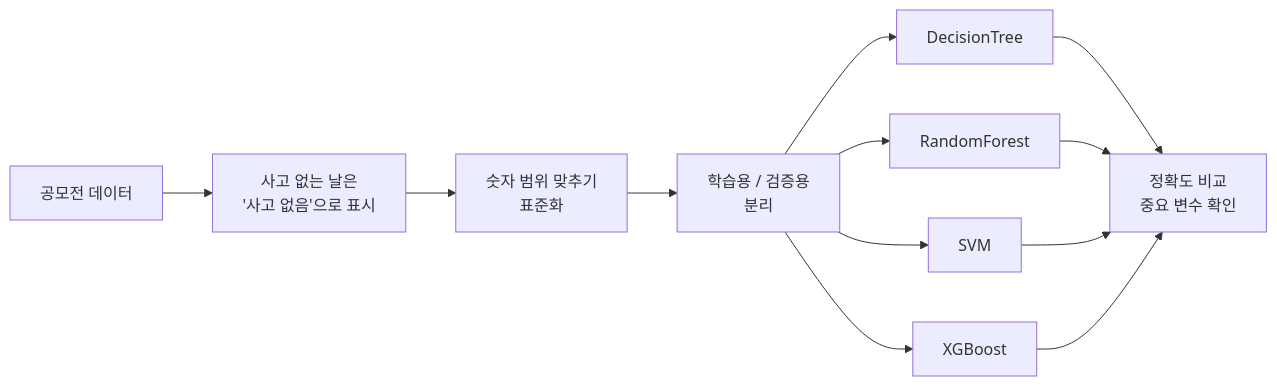
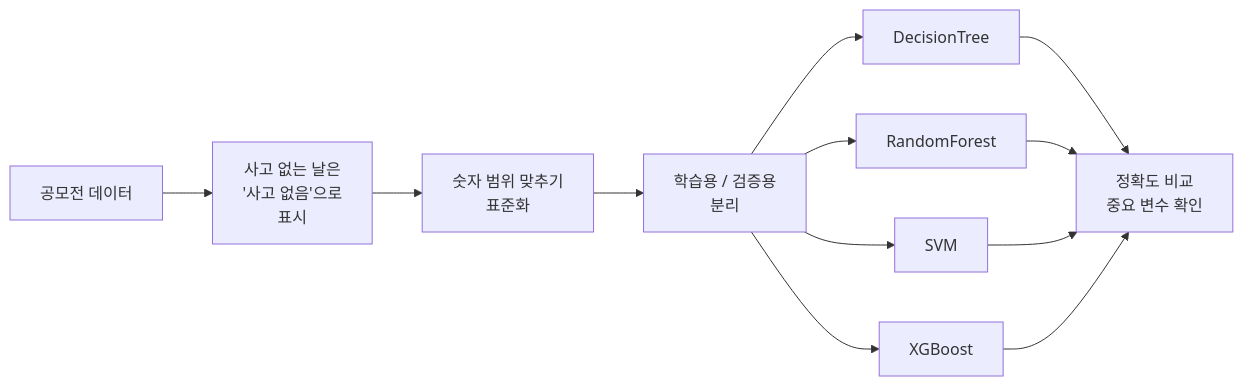
The diagram in 소방안전공모전/README.md (mjk022/portfolio), drawn with Mermaid before and after one commit. The commit also changed 5 other files, not shown here.

Commit message:
README 다이어그램 라벨을 8자 이내 줄로 나눠 글자 단위 줄바꿈 방지

````diff
--- a/소방안전공모전/README.md
+++ b/소방안전공모전/README.md
@@ -45,11 +45,11 @@
 ```mermaid
 flowchart LR
-    A[공모전 데이터] --> B[사고 없는 날은<br/>'사고 없음'으로 표시]
+    A[공모전 데이터] --> B[사고 없는 날은<br/>'사고 없음'으로<br/>표시]
     B --> C[숫자 범위 맞추기<br/>표준화]
     C --> D[학습용 / 검증용<br/>분리]
     D --> F1[DecisionTree]
     D --> F2[RandomForest]
     D --> F3[SVM]
     D --> F4[XGBoost]
     F1 & F2 & F3 & F4 --> G[정확도 비교<br/>중요 변수 확인]
 ```
````
